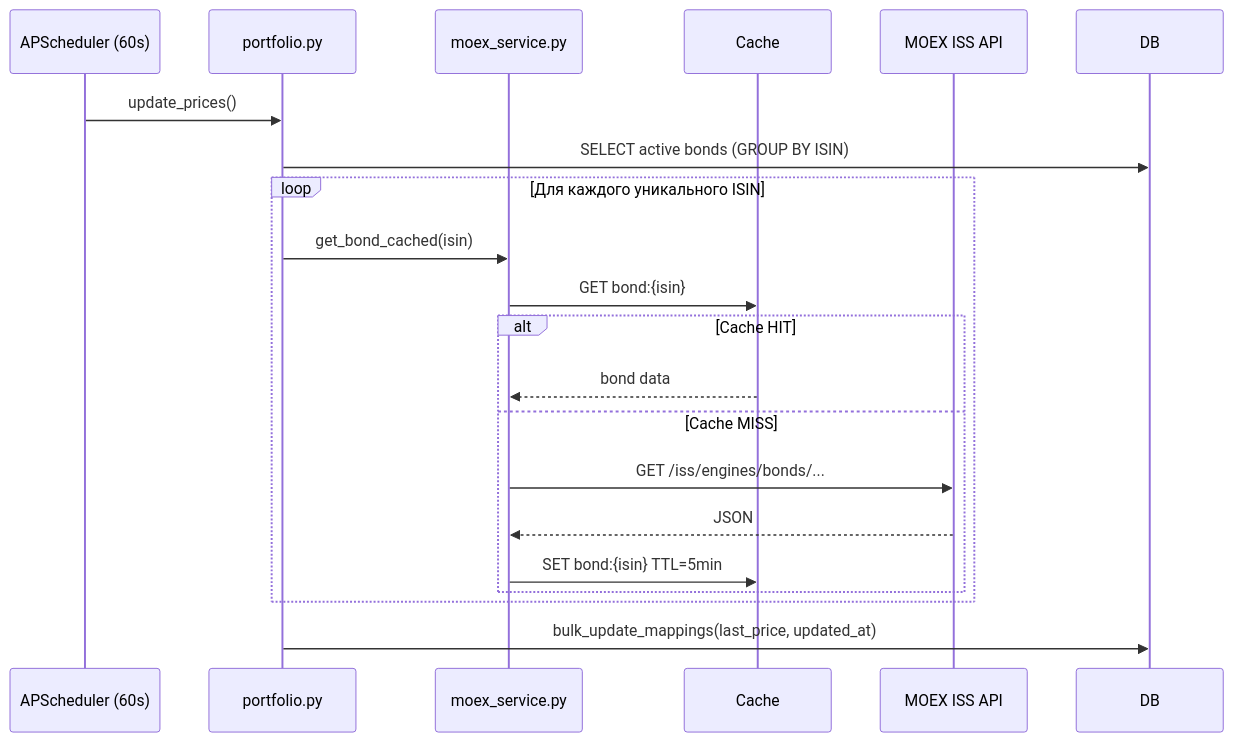
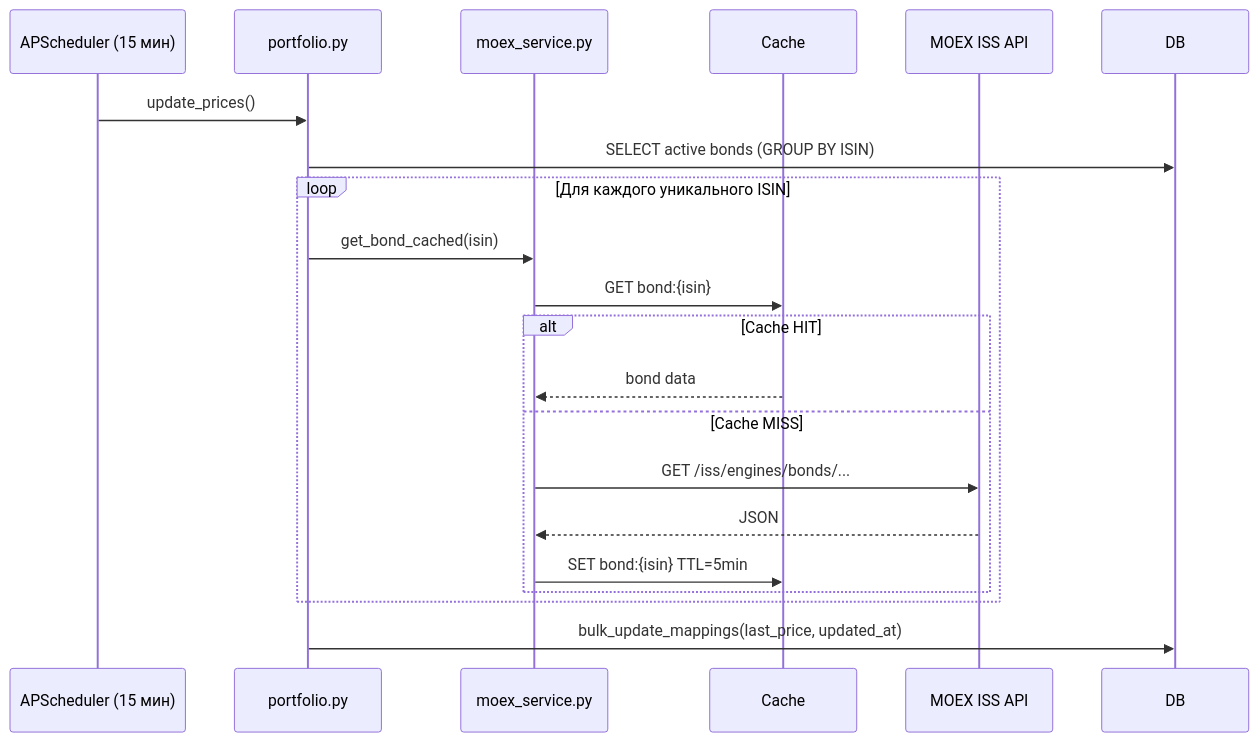
The fifth of 6 diagrams in docs/architecture.md (Kos5o4ka/my-fintech-app), drawn with Mermaid before and after one commit. The commit also changed other lines of this file and 8 other files, not shown here.

````diff
--- a/docs/architecture.md
+++ b/docs/architecture.md
@@ -206,27 +222,27 @@
 ```mermaid
 sequenceDiagram
-    participant Scheduler as APScheduler (60s)
+    participant Scheduler as APScheduler (15 мин)
     participant Portfolio as portfolio.py
     participant MoexService as moex_service.py
     participant Cache
     participant MOEX as MOEX ISS API
     participant DB
 
     Scheduler->>Portfolio: update_prices()
     Portfolio->>DB: SELECT active bonds (GROUP BY ISIN)
 
     loop Для каждого уникального ISIN
         Portfolio->>MoexService: get_bond_cached(isin)
         MoexService->>Cache: GET bond:{isin}
 
         alt Cache HIT
             Cache-->>MoexService: bond data
         else Cache MISS
             MoexService->>MOEX: GET /iss/engines/bonds/...
             MOEX-->>MoexService: JSON
             MoexService->>Cache: SET bond:{isin} TTL=5min
         end
     end
 
     Portfolio->>DB: bulk_update_mappings(last_price, updated_at)
 ```
````
